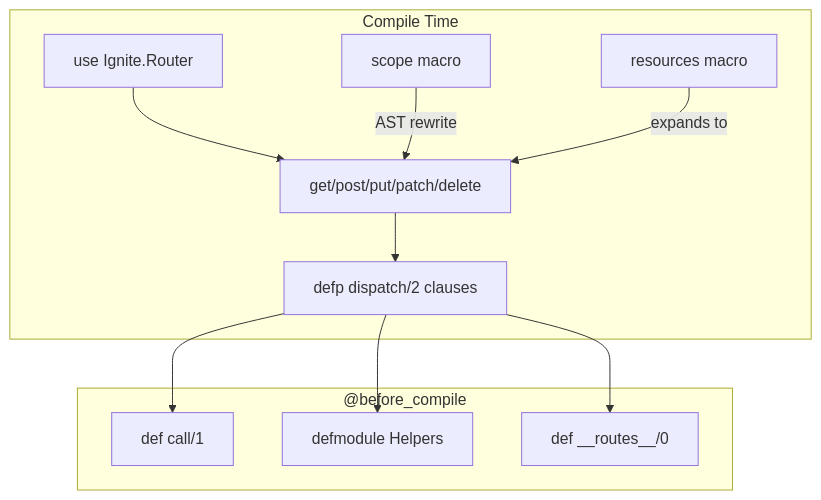
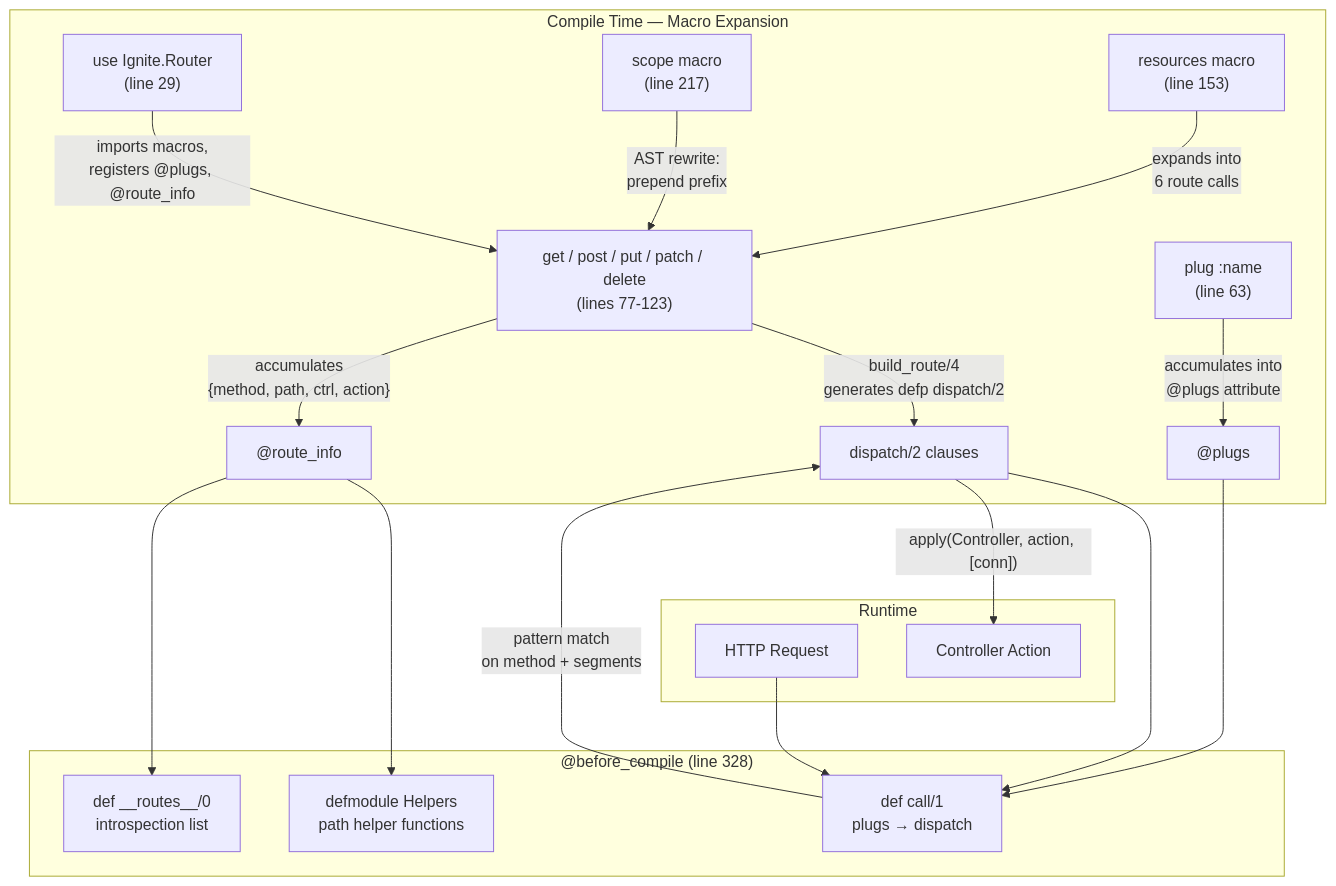
Before and after one commit to rajeshpillai/elixir-byowf: the diagram in course/modules/02-router-dsl.md, drawn with Mermaid. The commit also changed other lines of this file and 26 other files, not shown here.

````diff
--- a/course/modules/02-router-dsl.md
+++ b/course/modules/02-router-dsl.md
@@ -22,14 +25,25 @@
 ```mermaid
 graph TD
-    subgraph "Compile Time"
-        Use["use Ignite.Router"] --> Macros["get/post/put/patch/delete"]
-        Macros --> Dispatch["defp dispatch/2 clauses"]
-        Scope["scope macro"] -->|AST rewrite| Macros
-        Resources["resources macro"] -->|expands to| Macros
+    subgraph "Compile Time — Macro Expansion"
+        Use["use Ignite.Router<br/>(line 29)"] -->|"imports macros,<br/>registers @plugs, @route_info"| Macros
+        Macros["get / post / put / patch / delete<br/>(lines 77-123)"]
+        Scope["scope macro<br/>(line 217)"] -->|"AST rewrite:<br/>prepend prefix"| Macros
+        Resources["resources macro<br/>(line 153)"] -->|"expands into<br/>6 route calls"| Macros
+        Plug["plug :name<br/>(line 63)"] -->|"accumulates into<br/>@plugs attribute"| BeforeCompile
+        Macros -->|"build_route/4<br/>generates defp dispatch/2"| DispatchClauses["dispatch/2 clauses"]
+        Macros -->|"accumulates<br/>{method, path, ctrl, action}"| RouteInfo["@route_info"]
     end
-    subgraph "@before_compile"
-        Dispatch --> Call["def call/1"]
-        Dispatch --> Helpers["defmodule Helpers"]
-        Dispatch --> Routes["def __routes__/0"]
+
+    subgraph "@before_compile (line 328)"
+        DispatchClauses --> Call["def call/1<br/>plugs → dispatch"]
+        RouteInfo --> Helpers["defmodule Helpers<br/>path helper functions"]
+        RouteInfo --> Routes["def __routes__/0<br/>introspection list"]
+        BeforeCompile["@plugs"] --> Call
+    end
+
+    subgraph "Runtime"
+        Request["HTTP Request"] --> Call
+        Call -->|"pattern match<br/>on method + segments"| DispatchClauses
+        DispatchClauses -->|"apply(Controller, action, [conn])"| Controller["Controller Action"]
     end
 ```
````
